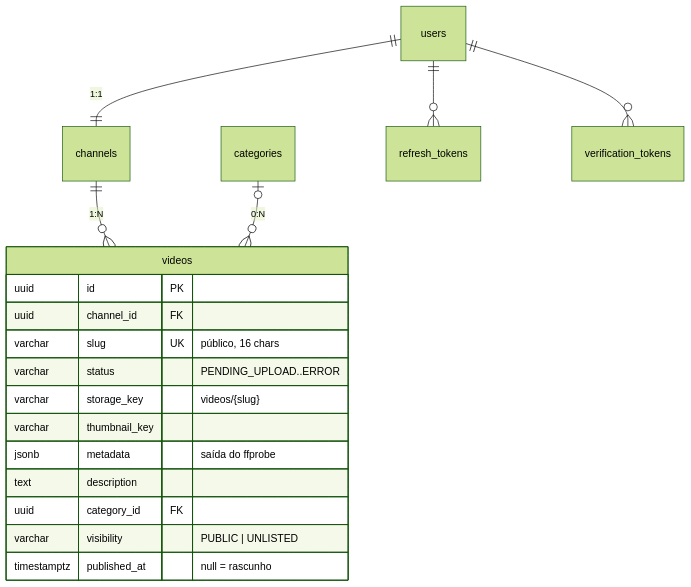
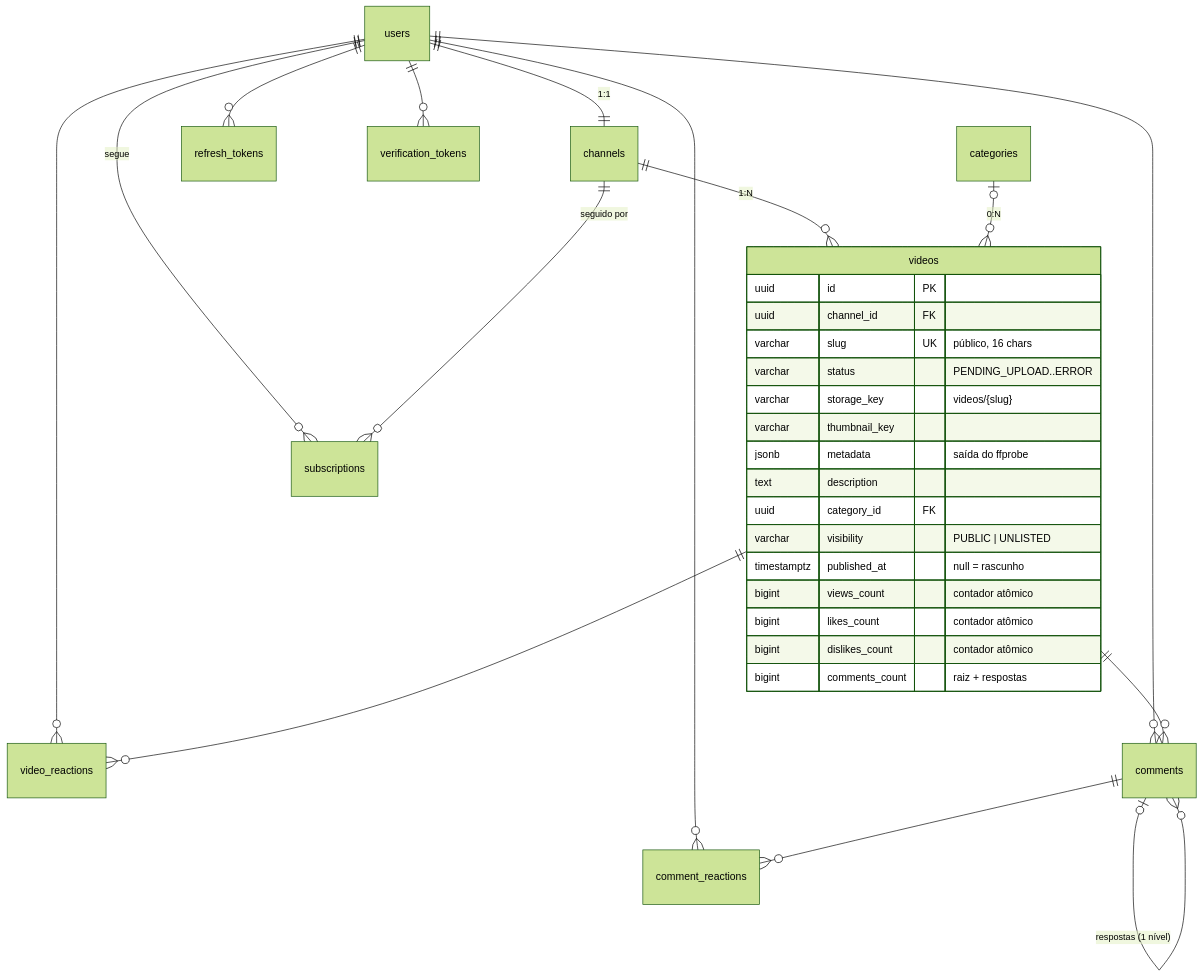
One commit to agneto/streamtube-java changed the third of 3 diagrams in docs/system-design.md. Above: the diagram before and after it, drawn with Mermaid (forest theme). The commit also changed other lines of this file and 78 other files, not shown here.

````diff
--- a/docs/system-design.md
+++ b/docs/system-design.md
@@ -199,22 +199,35 @@
 ```mermaid
 erDiagram
     users ||--|| channels : "1:1"
     channels ||--o{ videos : "1:N"
     categories |o--o{ videos : "0:N"
     users ||--o{ refresh_tokens : ""
     users ||--o{ verification_tokens : ""
+    users ||--o{ video_reactions : ""
+    users ||--o{ comments : ""
+    users ||--o{ comment_reactions : ""
+    users ||--o{ subscriptions : "segue"
+    channels ||--o{ subscriptions : "seguido por"
+    videos ||--o{ video_reactions : ""
+    videos ||--o{ comments : ""
+    comments |o--o{ comments : "respostas (1 nível)"
+    comments ||--o{ comment_reactions : ""
 
     videos {
         uuid id PK
         uuid channel_id FK
         varchar slug UK "público, 16 chars"
         varchar status "PENDING_UPLOAD..ERROR"
         varchar storage_key "videos/{slug}"
         varchar thumbnail_key
         jsonb metadata "saída do ffprobe"
         text description
         uuid category_id FK
         varchar visibility "PUBLIC | UNLISTED"
         timestamptz published_at "null = rascunho"
+        bigint views_count "contador atômico"
+        bigint likes_count "contador atômico"
+        bigint dislikes_count "contador atômico"
+        bigint comments_count "raiz + respostas"
     }
 ```
````
